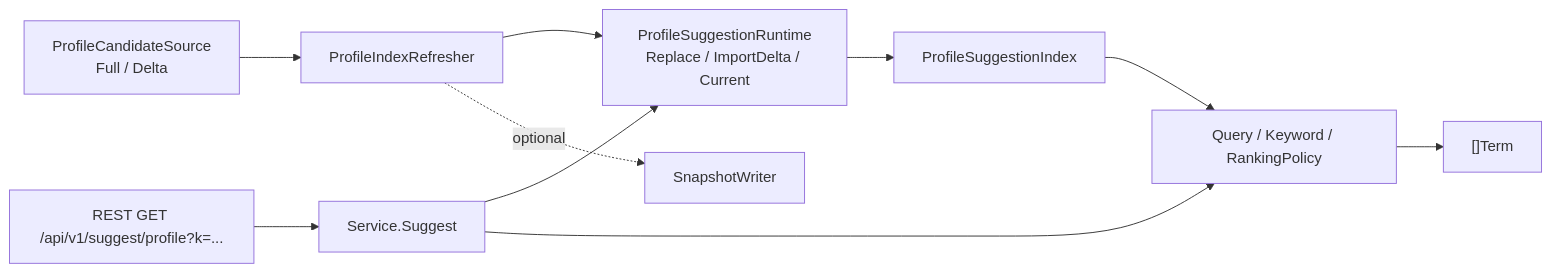
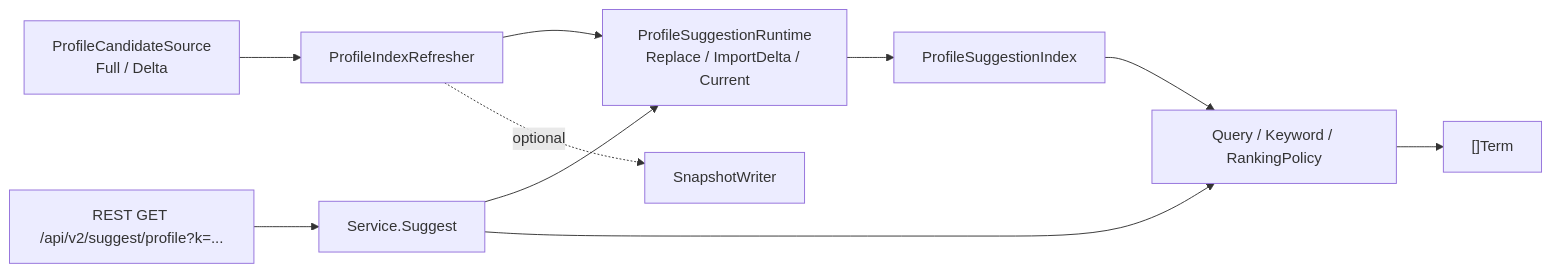
One commit to FangcunMount/iam changed the first of 5 diagrams in docs/05-专题分析/09-Suggest读模型链路--候选刷新到联想查询.md. Above: the diagram before and after it, drawn with Mermaid. The commit also changed other lines of this file and 611 other files, not shown here.

Commit message:
feat 完成 IAM SDK v2、REST API v2、gRPC API v2 迁移

````diff
--- a/docs/05-专题分析/09-Suggest读模型链路--候选刷新到联想查询.md
+++ b/docs/05-专题分析/09-Suggest读模型链路--候选刷新到联想查询.md
@@ -15,12 +15,12 @@
 ```mermaid
 flowchart LR
     Source["ProfileCandidateSource\nFull / Delta"] --> Refresher["ProfileIndexRefresher"]
     Refresher --> Runtime["ProfileSuggestionRuntime\nReplace / ImportDelta / Current"]
     Refresher -. optional .-> Snapshot["SnapshotWriter"]
     Runtime --> Index["ProfileSuggestionIndex"]
-    Query["REST GET /api/v1/suggest/profile?k=..."] --> Service["Service.Suggest"]
+    Query["REST GET /api/v2/suggest/profile?k=..."] --> Service["Service.Suggest"]
     Service --> Runtime
     Service --> Domain["Query / Keyword / RankingPolicy"]
     Index --> Domain
     Domain --> Terms["[]Term"]
 ```
````
